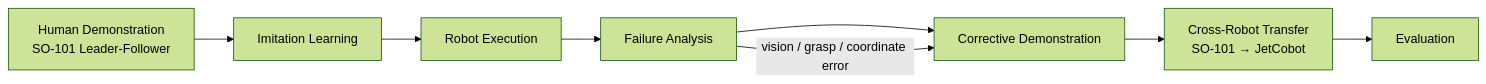
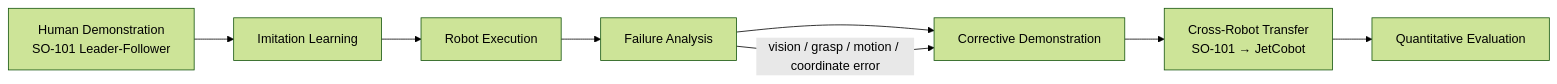
The first of 2 diagrams in README.md (holol-gif/holol), drawn with Mermaid (forest theme) before and after one commit. The commit also changed other lines of this file, not shown here.

Commit message:
Strengthen research portfolio structure and evaluation plan

````diff
--- a/README.md
+++ b/README.md
@@ -15,13 +19,13 @@
 ```mermaid
 flowchart LR
     A[Human Demonstration<br/>SO-101 Leader-Follower]
     B[Imitation Learning]
     C[Robot Execution]
     D[Failure Analysis]
     E[Corrective Demonstration]
     F[Cross-Robot Transfer<br/>SO-101 → JetCobot]
-    G[Evaluation]
+    G[Quantitative Evaluation]
 
     A --> B --> C --> D --> E --> F --> G
-    D -->|vision / grasp / coordinate error| E
+    D -->|vision / grasp / motion / coordinate error| E
 ```
````
